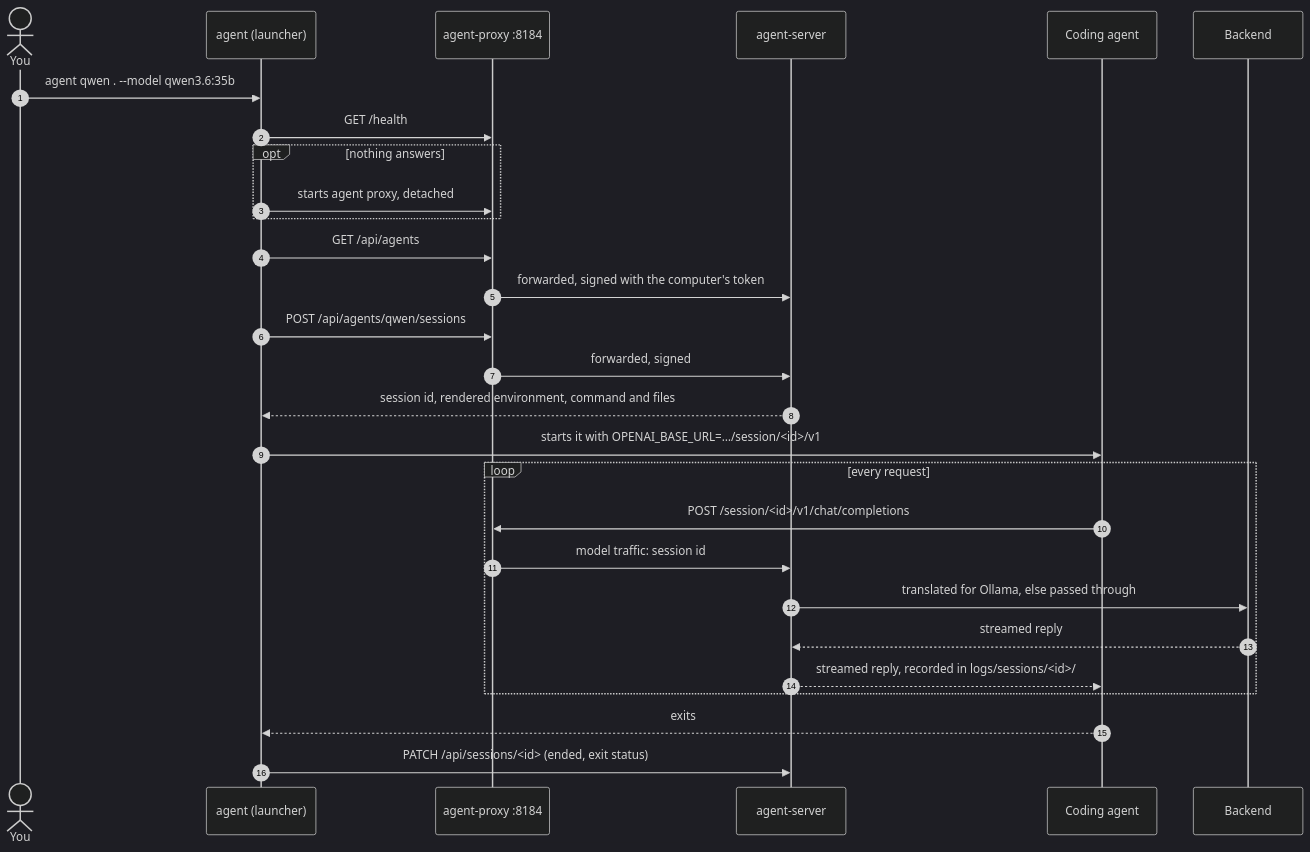
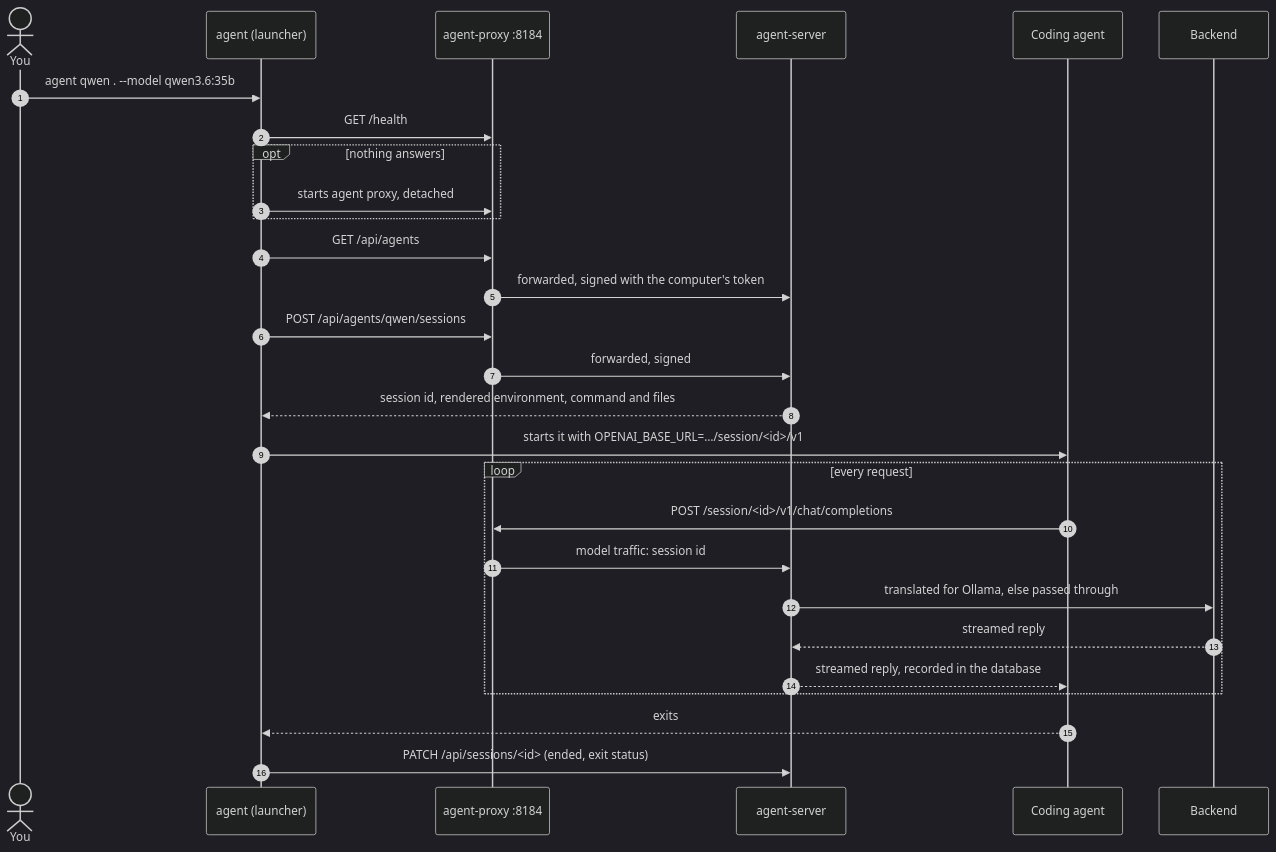
Before and after one commit to joeyenfield/ai-coding-agent-proxy: the second of 5 diagrams in docs/architecture.md, drawn with Mermaid (dark theme). The commit also changed other lines of this file and 106 other files, not shown here.

````diff
--- a/docs/architecture.md
+++ b/docs/architecture.md
@@ -119,30 +119,30 @@
 ```mermaid
 sequenceDiagram
   autonumber
   actor You
   participant L as agent (launcher)
   participant P as agent-proxy :8184
   participant S as agent-server
   participant A as Coding agent
   participant B as Backend
   You->>L: agent qwen . --model qwen3.6:35b
   L->>P: GET /health
   opt nothing answers
     L->>P: starts agent proxy, detached
   end
   L->>P: GET /api/agents
   P->>S: forwarded, signed with the computer's token
   L->>P: POST /api/agents/qwen/sessions
   P->>S: forwarded, signed
   S-->>L: session id, rendered environment, command and files
   L->>A: starts it with OPENAI_BASE_URL=…/session/<id>/v1
   loop every request
     A->>P: POST /session/<id>/v1/chat/completions
     P->>S: model traffic: session id
     S->>B: translated for Ollama, else passed through
     B-->>S: streamed reply
-    S-->>A: streamed reply, recorded in logs/sessions/<id>/
+    S-->>A: streamed reply, recorded in the database
   end
   A-->>L: exits
   L->>S: PATCH /api/sessions/<id> (ended, exit status)
 ```
````
